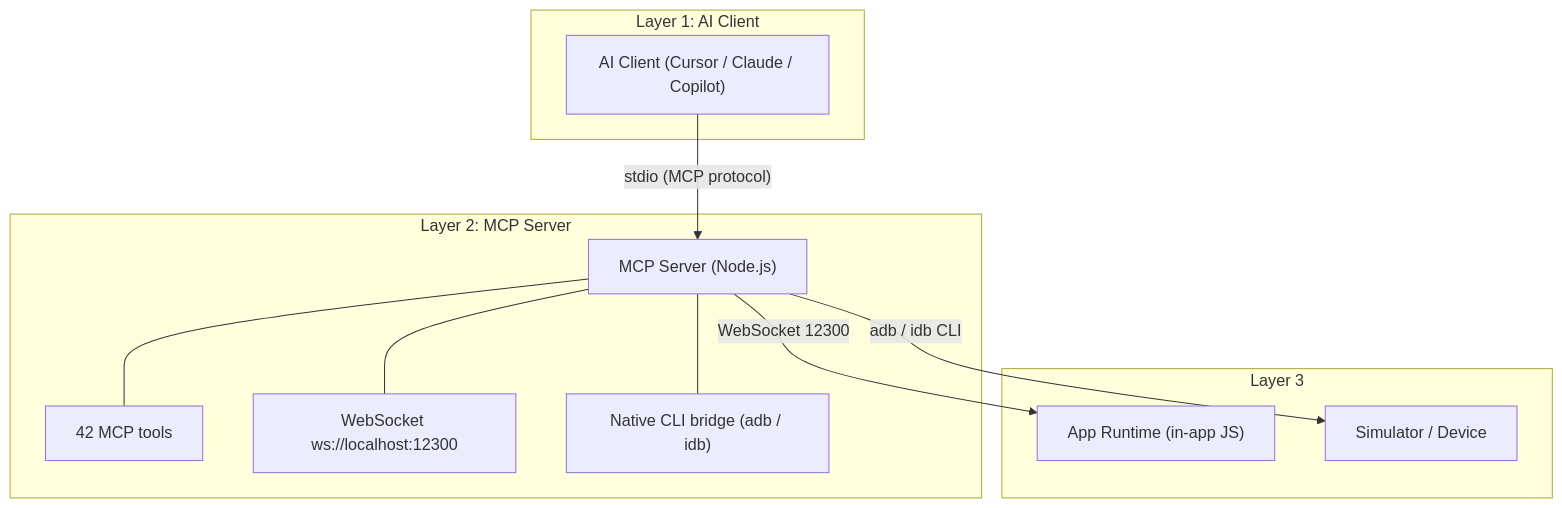
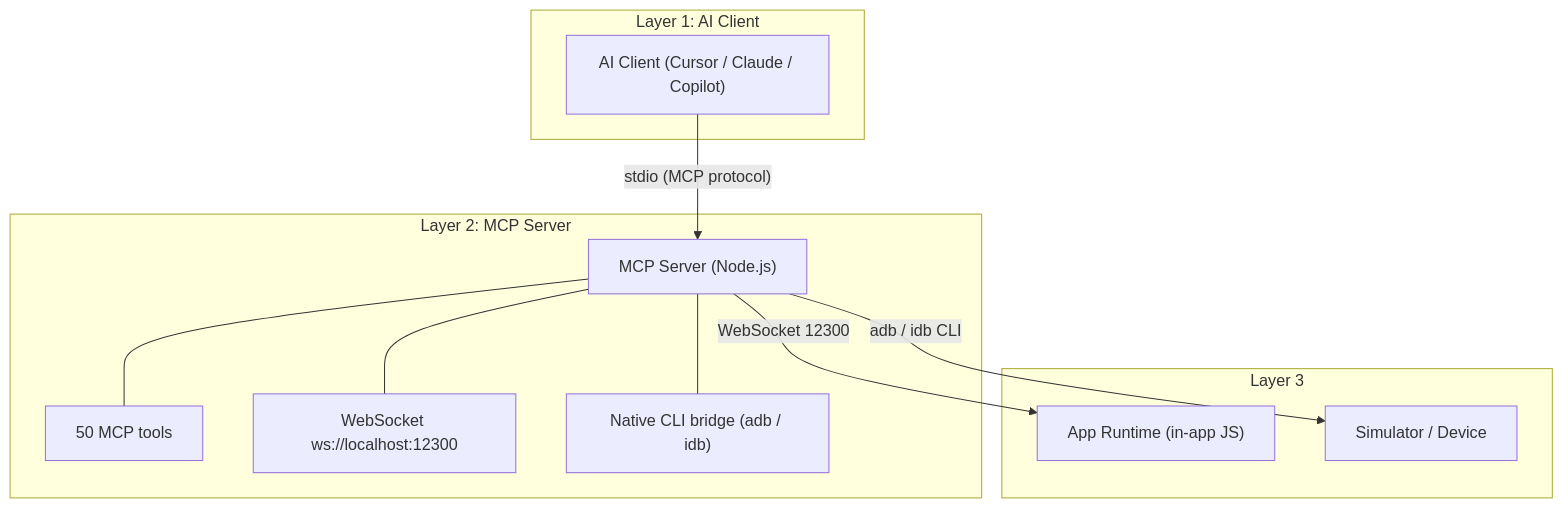
One commit to ohah/react-native-mcp changed the first of 3 diagrams in document/docs/en/contribute.mdx. Above: the diagram before and after it, drawn with Mermaid. The commit also changed other lines of this file and 30 other files, not shown here.

````diff
--- a/document/docs/en/contribute.mdx
+++ b/document/docs/en/contribute.mdx
@@ -131,22 +131,22 @@
 ```mermaid
 graph TB
   subgraph Layer1["Layer 1: AI Client"]
     AI["AI Client (Cursor / Claude / Copilot)"]
   end
 
   subgraph Layer2["Layer 2: MCP Server"]
     MCP["MCP Server (Node.js)"]
-    MCP --- M1["42 MCP tools"]
+    MCP --- M1["50 MCP tools"]
     MCP --- M2["WebSocket ws://localhost:12300"]
     MCP --- M3["Native CLI bridge (adb / idb)"]
   end
 
   subgraph Layer3["Layer 3"]
     App["App Runtime (in-app JS)"]
     Dev["Simulator / Device"]
   end
 
   AI -->|"stdio (MCP protocol)"| MCP
   MCP -->|"WebSocket 12300"| App
   MCP -->|"adb / idb CLI"| Dev
 ```
````
